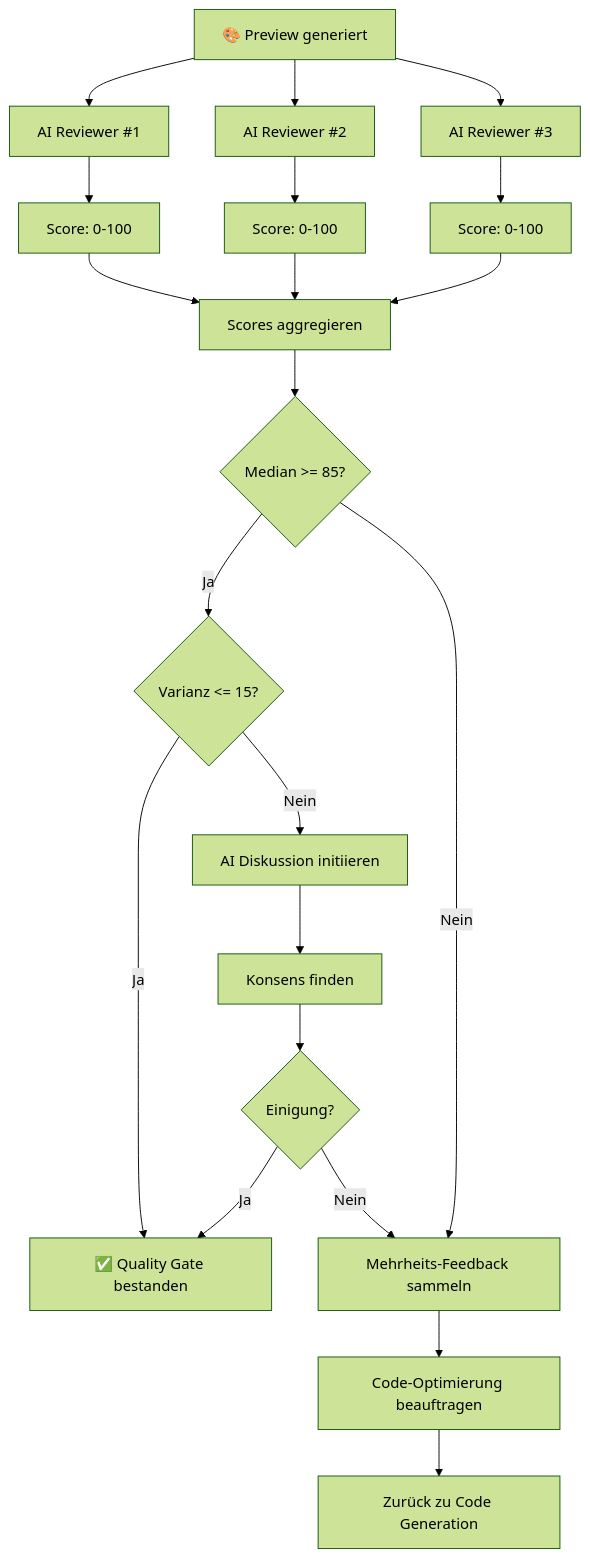
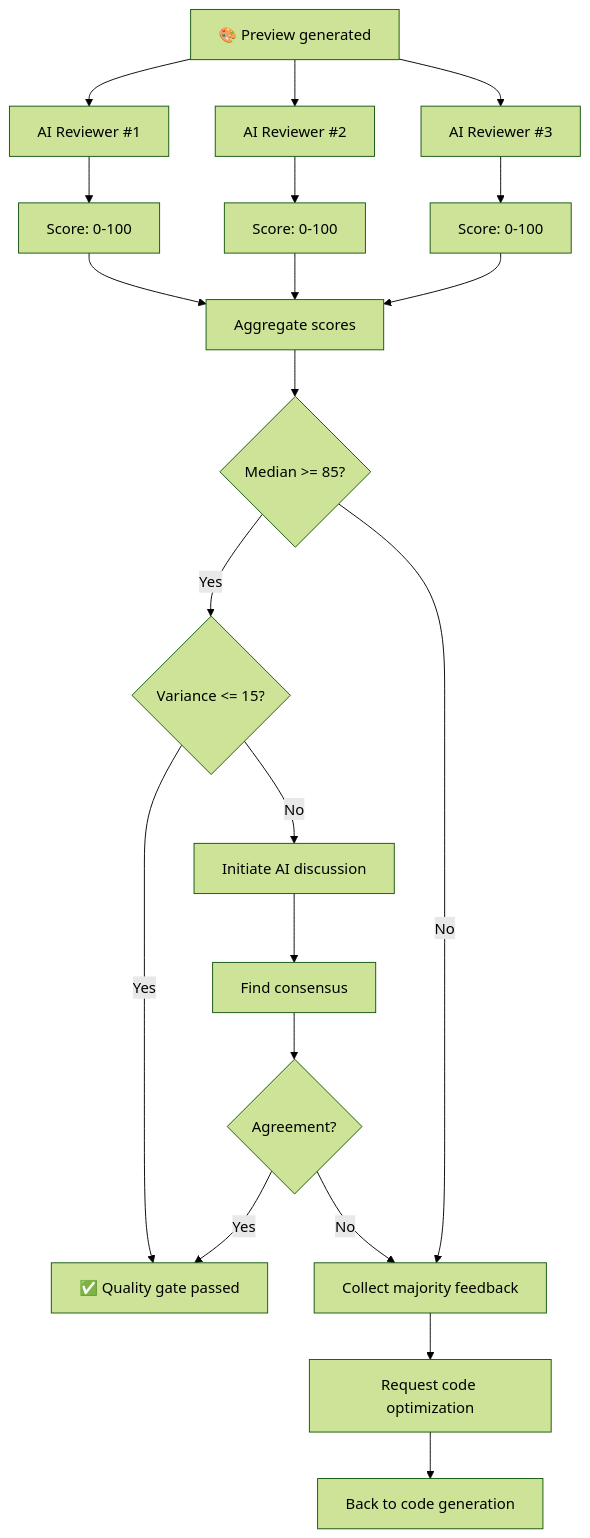
One commit to MarkusNeusinger/pyplots changed the fourth of 9 diagrams in docs/workflow.md. Above: the diagram before and after it, drawn with Mermaid (forest theme). The commit also changed other lines of this file, not shown here.

````diff
--- a/docs/workflow.md
+++ b/docs/workflow.md
@@ -107,26 +107,26 @@
 ```mermaid
 graph TD
-    A[🎨 Preview generiert] --> B[AI Reviewer #1]
+    A[🎨 Preview generated] --> B[AI Reviewer #1]
     A --> C[AI Reviewer #2]
     A --> D[AI Reviewer #3]
 
     B --> E1[Score: 0-100]
     C --> E2[Score: 0-100]
     D --> E3[Score: 0-100]
 
-    E1 --> F[Scores aggregieren]
+    E1 --> F[Aggregate scores]
     E2 --> F
     E3 --> F
 
     F --> G{Median >= 85?}
-    G -->|Ja| H{Varianz <= 15?}
-    G -->|Nein| I[Mehrheits-Feedback sammeln]
-    H -->|Ja| J[✅ Quality Gate bestanden]
-    H -->|Nein| K[AI Diskussion initiieren]
-    K --> L[Konsens finden]
-    L --> M{Einigung?}
-    M -->|Ja| J
-    M -->|Nein| I
-    I --> N[Code-Optimierung beauftragen]
-    N --> O[Zurück zu Code Generation]
+    G -->|Yes| H{Variance <= 15?}
+    G -->|No| I[Collect majority feedback]
+    H -->|Yes| J[✅ Quality gate passed]
+    H -->|No| K[Initiate AI discussion]
+    K --> L[Find consensus]
+    L --> M{Agreement?}
+    M -->|Yes| J
+    M -->|No| I
+    I --> N[Request code optimization]
+    N --> O[Back to code generation]
 ```
````
